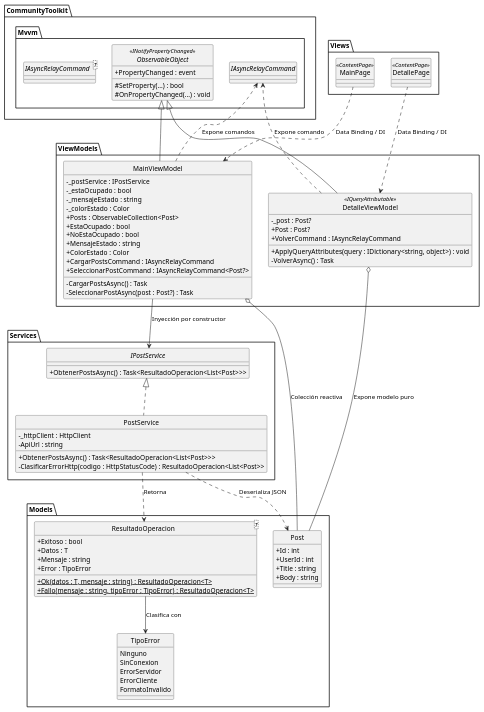
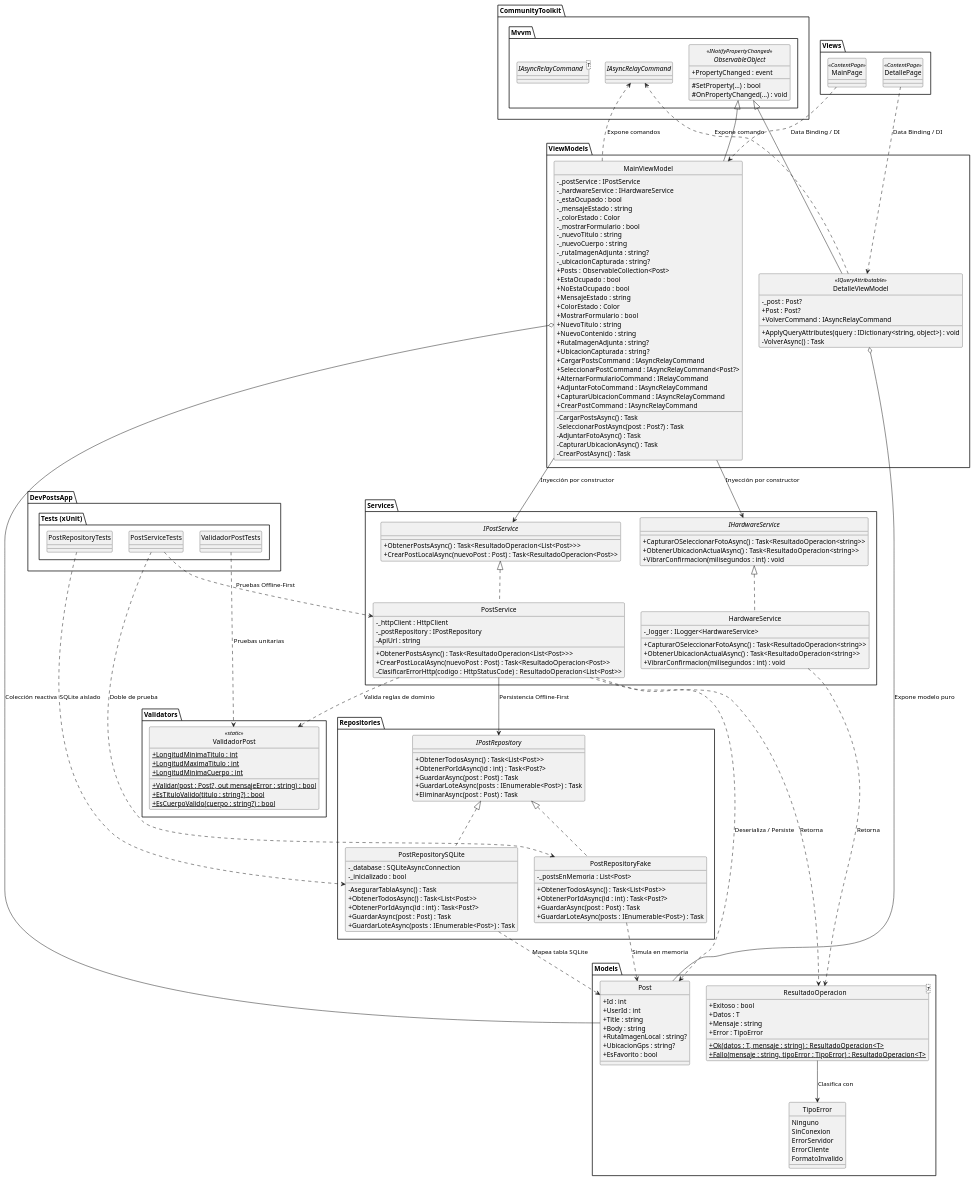
The diagram in docs/arquitectura.puml (fioremos/UCES-DAMII-DevPosts-KalapujMosca), drawn with PlantUML before and after one commit. The commit also changed 3 other files, not shown here.

Commit message:
docs(uml): actualizar diagramas de arquitectura y secuencia con SQLite, hardware y xUnit

```diff
--- a/docs/arquitectura.puml
+++ b/docs/arquitectura.puml
@@ -1,103 +1,198 @@
 @startuml arquitectura_mvvm_di
 skinparam style strictuml
 skinparam classAttributeIconSize 0
 
 package "CommunityToolkit.Mvvm" {
     abstract class ObservableObject << (C,#DDA0DD) INotifyPropertyChanged >> {
         + PropertyChanged : event
         # SetProperty(...) : bool
         # OnPropertyChanged(...) : void
     }
     interface IAsyncRelayCommand
     interface "IAsyncRelayCommand<T>" as IAsyncRelayCommandT
 }
 
 package "Views" {
     class MainPage << (C,#A9DCDF) ContentPage >>
     class DetallePage << (C,#A9DCDF) ContentPage >>
 }
 
 package "ViewModels" {
     class MainViewModel {
-        - _postService : IPostService
-        - _estaOcupado : bool
-        - _mensajeEstado : string
-        - _colorEstado : Color
+- _postService : IPostService
+- _hardwareService : IHardwareService
+- _estaOcupado : bool
+- _mensajeEstado : string
+- _colorEstado : Color
+- _mostrarFormulario : bool
+- _nuevoTitulo : string
+- _nuevoCuerpo : string
+- _rutaImagenAdjunta : string?
+- _ubicacionCapturada : string?
         + Posts : ObservableCollection<Post>
         + EstaOcupado : bool
         + NoEstaOcupado : bool
         + MensajeEstado : string
         + ColorEstado : Color
+        + MostrarFormulario : bool
+        + NuevoTitulo : string
+        + NuevoContenido : string
+        + RutaImagenAdjunta : string?
+        + UbicacionCapturada : string?
         + CargarPostsCommand : IAsyncRelayCommand
         + SeleccionarPostCommand : IAsyncRelayCommand<Post?>
-        - CargarPostsAsync() : Task
-        - SeleccionarPostAsync(post : Post?) : Task
+        + AlternarFormularioCommand : IRelayCommand
+        + AdjuntarFotoCommand : IAsyncRelayCommand
+        + CapturarUbicacionCommand : IAsyncRelayCommand
+        + CrearPostCommand : IAsyncRelayCommand
+- CargarPostsAsync() : Task
+- SeleccionarPostAsync(post : Post?) : Task
+- AdjuntarFotoAsync() : Task
+- CapturarUbicacionAsync() : Task
+- CrearPostAsync() : Task
     }
 
     class DetalleViewModel << (C,#ADD1B2) IQueryAttributable >> {
-        - _post : Post?
+- _post : Post?
         + Post : Post?
         + VolverCommand : IAsyncRelayCommand
         + ApplyQueryAttributes(query : IDictionary<string, object>) : void
-        - VolverAsync() : Task
+- VolverAsync() : Task
     }
 }
 
 package "Services" {
     interface IPostService {
         + ObtenerPostsAsync() : Task<ResultadoOperacion<List<Post>>>
+        + CrearPostLocalAsync(nuevoPost : Post) : Task<ResultadoOperacion<Post>>
     }
+
     class PostService implements IPostService {
-        - _httpClient : HttpClient
-        - ApiUrl : string
+- _httpClient : HttpClient
+- _postRepository : IPostRepository
+- ApiUrl : string
         + ObtenerPostsAsync() : Task<ResultadoOperacion<List<Post>>>
-        - ClasificarErrorHttp(codigo : HttpStatusCode) : ResultadoOperacion<List<Post>>
+        + CrearPostLocalAsync(nuevoPost : Post) : Task<ResultadoOperacion<Post>>
+- ClasificarErrorHttp(codigo : HttpStatusCode) : ResultadoOperacion<List<Post>>
+    }
+
+    interface IHardwareService {
+        + CapturarOSeleccionarFotoAsync() : Task<ResultadoOperacion<string>>
+        + ObtenerUbicacionActualAsync() : Task<ResultadoOperacion<string>>
+        + VibrarConfirmacion(milisegundos : int) : void
+    }
+
+    class HardwareService implements IHardwareService {
+- _logger : ILogger<HardwareService>
+        + CapturarOSeleccionarFotoAsync() : Task<ResultadoOperacion<string>>
+        + ObtenerUbicacionActualAsync() : Task<ResultadoOperacion<string>>
+        + VibrarConfirmacion(milisegundos : int) : void
+    }
+}
+
+package "Repositories" {
+    interface IPostRepository {
+        + ObtenerTodosAsync() : Task<List<Post>>
+        + ObtenerPorIdAsync(id : int) : Task<Post?>
+        + GuardarAsync(post : Post) : Task
+        + GuardarLoteAsync(posts : IEnumerable<Post>) : Task
+        + EliminarAsync(post : Post) : Task
+    }
+
+    class PostRepositorySQLite implements IPostRepository {
+- _database : SQLiteAsyncConnection
+- _inicializado : bool
+- AsegurarTablaAsync() : Task
+        + ObtenerTodosAsync() : Task<List<Post>>
+        + ObtenerPorIdAsync(id : int) : Task<Post?>
+        + GuardarAsync(post : Post) : Task
+        + GuardarLoteAsync(posts : IEnumerable<Post>) : Task
+    }
+
+    class PostRepositoryFake implements IPostRepository {
+- _postsEnMemoria : List<Post>
+        + ObtenerTodosAsync() : Task<List<Post>>
+        + ObtenerPorIdAsync(id : int) : Task<Post?>
+        + GuardarAsync(post : Post) : Task
+        + GuardarLoteAsync(posts : IEnumerable<Post>) : Task
+    }
+}
+
+package "Validators" {
+    class ValidadorPost << (S,#FF7700) static >> {
+        + {static} LongitudMinimaTitulo : int
+        + {static} LongitudMaximaTitulo : int
+        + {static} LongitudMinimaCuerpo : int
+        + {static} Validar(post : Post?, out mensajeError : string) : bool
+        + {static} EsTituloValido(titulo : string?) : bool
+        + {static} EsCuerpoValido(cuerpo : string?) : bool
     }
 }
 
 package "Models" {
     class Post {
         + Id : int
         + UserId : int
         + Title : string
         + Body : string
+        + RutaImagenLocal : string?
+        + UbicacionGps : string?
+        + EsFavorito : bool
     }
 
     class "ResultadoOperacion<T>" as ResultadoOperacion {
         + Exitoso : bool
         + Datos : T
         + Mensaje : string
         + Error : TipoError
         + {static} Ok(datos : T, mensaje : string) : ResultadoOperacion<T>
         + {static} Fallo(mensaje : string, tipoError : TipoError) : ResultadoOperacion<T>
     }
 
     enum TipoError {
         Ninguno
         SinConexion
         ErrorServidor
         ErrorCliente
         FormatoInvalido
     }
 }
 
+package "DevPostsApp.Tests (xUnit)" {
+    class ValidadorPostTests
+    class PostRepositoryTests
+    class PostServiceTests
+}
+
 ' Herencias de MVVM Toolkit
 ObservableObject <|-- MainViewModel
 ObservableObject <|-- DetalleViewModel
 
 ' Vistas y Enlace de Datos
 MainPage ..> MainViewModel : Data Binding / DI
 DetallePage ..> DetalleViewModel : Data Binding / DI
 
 ' Dependencias de ViewModels
 MainViewModel --> IPostService : Inyección por constructor
+MainViewModel --> IHardwareService : Inyección por constructor
 MainViewModel o-- Post : Colección reactiva
 MainViewModel ..> IAsyncRelayCommand : Expone comandos
 DetalleViewModel o-- Post : Expone modelo puro
 DetalleViewModel ..> IAsyncRelayCommand : Expone comando
 
-' Capa de Servicio y Dominio
-PostService ..> Post : Deserializa JSON
+' Capa de Servicio, Repositorio y Dominio
+PostService --> IPostRepository : Persistencia Offline-First
+PostService ..> ValidadorPost : Valida reglas de dominio
+PostService ..> Post : Deserializa / Persiste
 PostService ..> ResultadoOperacion : Retorna
+HardwareService ..> ResultadoOperacion : Retorna
+PostRepositorySQLite ..> Post : Mapea tabla SQLite
+PostRepositoryFake ..> Post : Simula en memoria
 ResultadoOperacion --> TipoError : Clasifica con
+
+' Pruebas Automatizadas
+ValidadorPostTests ..> ValidadorPost : Pruebas unitarias
+PostRepositoryTests ..> PostRepositorySQLite : SQLite aislado
+PostServiceTests ..> PostService : Pruebas Offline-First
+PostServiceTests ..> PostRepositoryFake : Doble de prueba
 @enduml
```
